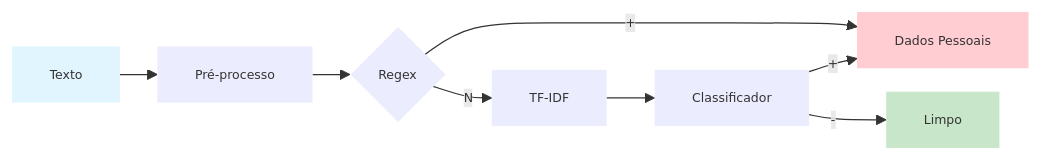
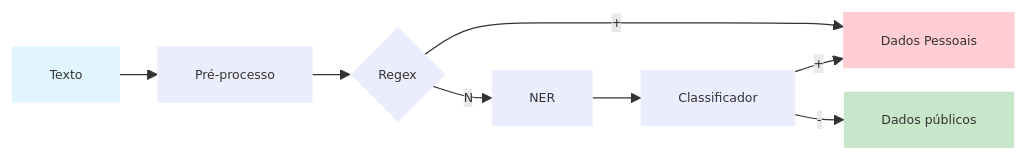
One commit to gmcaixeta/PrivacyAware changed the diagram in README.md. Above: the diagram before and after it, drawn with Mermaid. The commit also changed other lines of this file, not shown here.

````diff
--- a/README.md
+++ b/README.md
@@ -33,27 +33,27 @@
 ```mermaid
 %%{init: {
   "theme": "default",
   "themeVariables": {
     "fontSize": "10px",
     "nodePadding": "4",
     "nodeBorder": "0.5px"
   },
   "flowchart": {
     "nodeSpacing": 10,
     "rankSpacing": 30
   }
 }}%%
 flowchart LR
     A[Texto] --> B[Pré-processo]
     B --> C{Regex}
     C -->|+| F[Dados Pessoais]
-    C -->|N| D[TF-IDF]
+    C -->|N| D[NER]
     D --> E[Classificador]
     E -->|+| F
-    E -->|-| G[Limpo]
+    E -->|-| G[Dados públicos]
     
     style A fill:#e1f5fe
     style F fill:#ffcdd2
     style G fill:#c8e6c9
 
 ```
````
